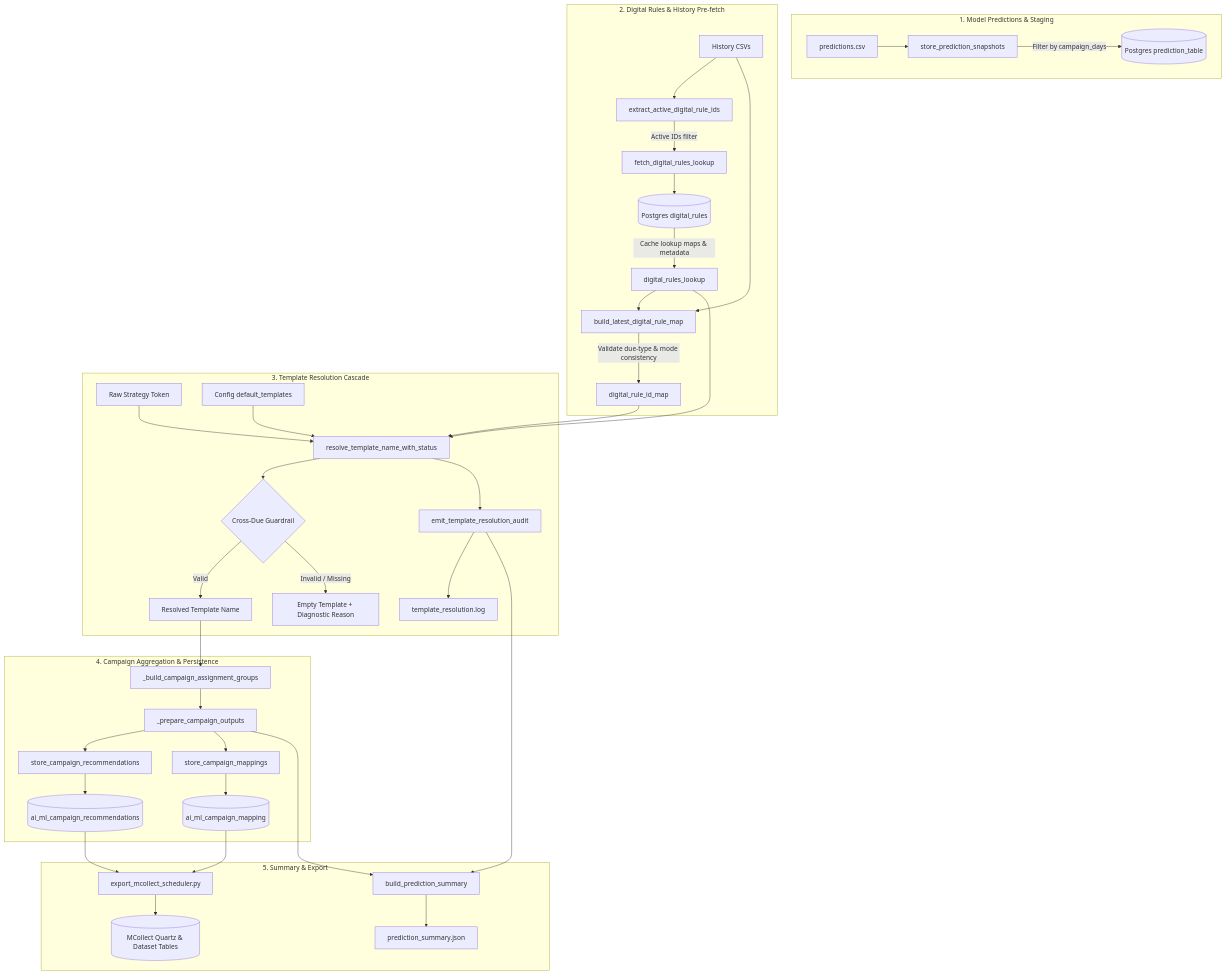
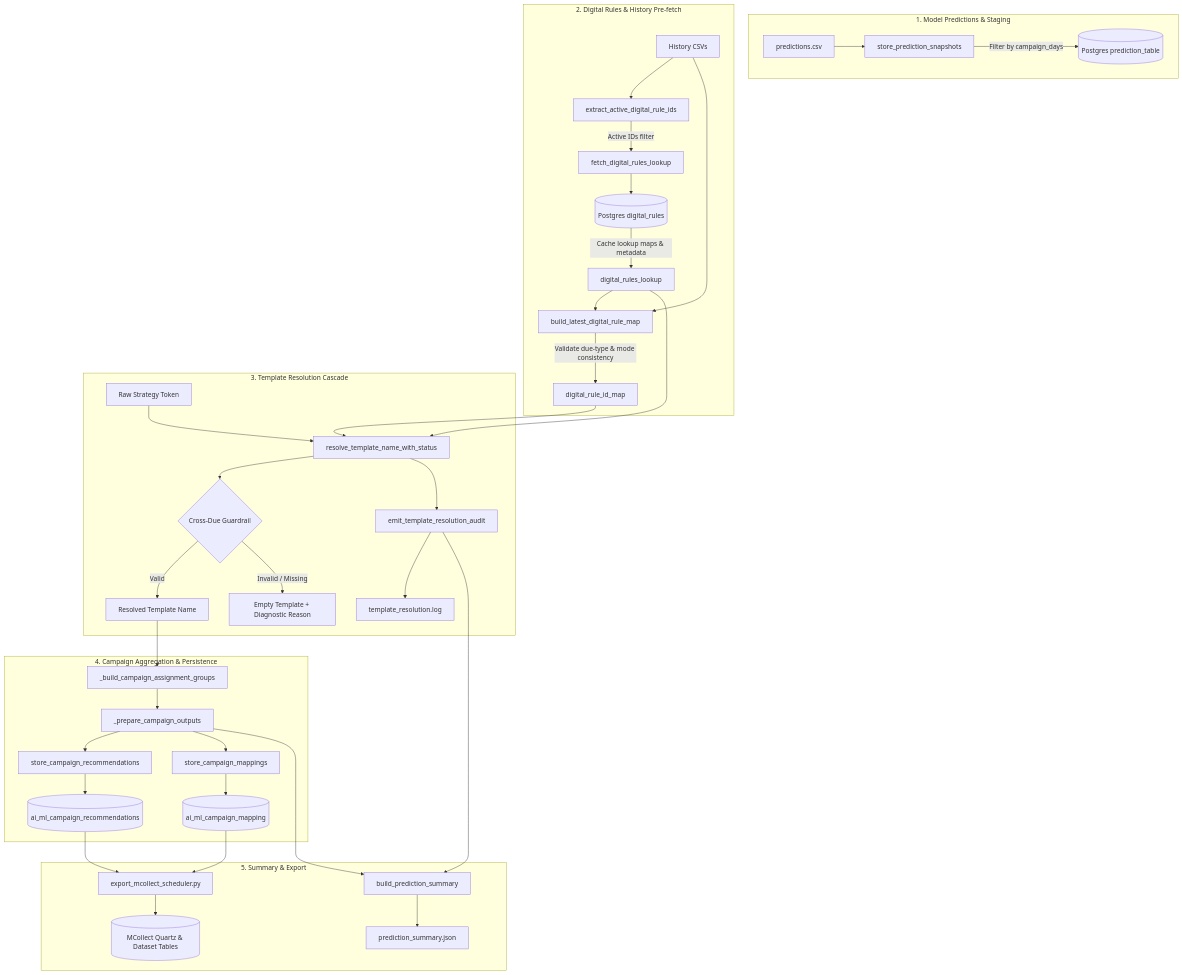
The diagram in docs/template_resolution_and_campaign_generation_flow.md (Sumitkumar1007/campaign-recommendation), drawn with Mermaid before and after one commit. The commit also changed other lines of this file and 4 other files, not shown here.

````diff
--- a/docs/template_resolution_and_campaign_generation_flow.md
+++ b/docs/template_resolution_and_campaign_generation_flow.md
@@ -19,47 +19,46 @@
 ```mermaid
 flowchart TD
     subgraph Step1["1. Model Predictions & Staging"]
         A[predictions.csv] --> B[store_prediction_snapshots]
         B -->|Filter by campaign_days| C[(Postgres prediction_table)]
     end
 
     subgraph Step2["2. Digital Rules & History Pre-fetch"]
         D[History CSVs] --> E[extract_active_digital_rule_ids]
         E -->|Active IDs filter| F[fetch_digital_rules_lookup]
         F --> G[(Postgres digital_rules)]
         G -->|Cache lookup maps & metadata| H[digital_rules_lookup]
         D --> I[build_latest_digital_rule_map]
         H --> I
         I -->|Validate due-type & mode consistency| J[digital_rule_id_map]
     end
 
     subgraph Step3["3. Template Resolution Cascade"]
         K[Raw Strategy Token] --> L[resolve_template_name_with_status]
         J --> L
         H --> L
-        M[Config default_templates] --> L
         L --> N{Cross-Due Guardrail}
         N -->|Valid| O[Resolved Template Name]
         N -->|Invalid / Missing| P[Empty Template + Diagnostic Reason]
         L --> Q[emit_template_resolution_audit]
         Q --> R[template_resolution.log]
     end
 
     subgraph Step4["4. Campaign Aggregation & Persistence"]
         O --> S[_build_campaign_assignment_groups]
         S --> T[_prepare_campaign_outputs]
         T --> U[store_campaign_recommendations]
         T --> V[store_campaign_mappings]
         U --> W[(ai_ml_campaign_recommendations)]
         V --> X[(ai_ml_campaign_mapping)]
     end
 
     subgraph Step5["5. Summary & Export"]
         T --> Y[build_prediction_summary]
         Q --> Y
         Y --> Z[prediction_summary.json]
         W --> AA[export_mcollect_scheduler.py]
         X --> AA
         AA --> AB[(MCollect Quartz & Dataset Tables)]
     end
 ```
````
